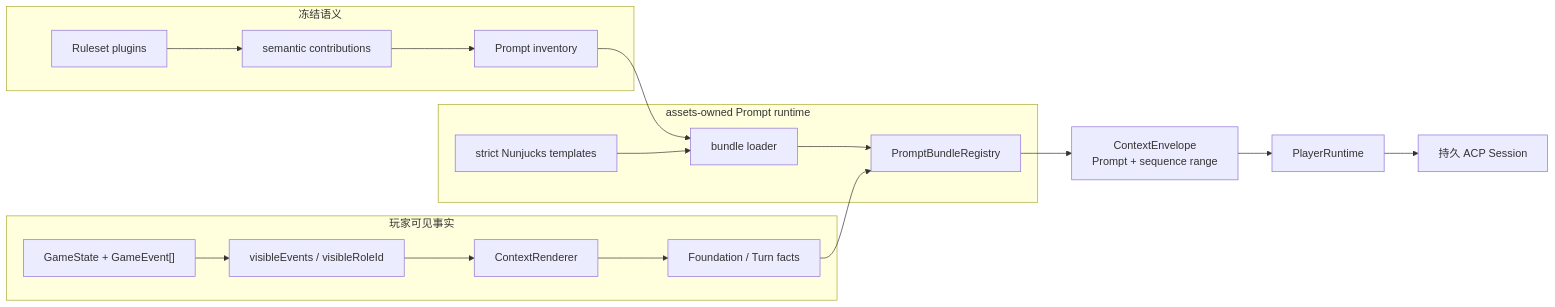
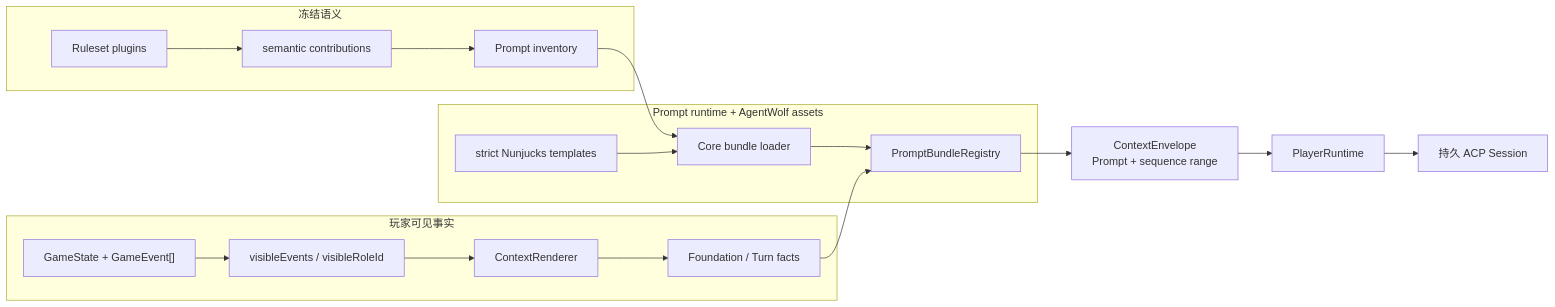
Before and after one commit to renewboy/agentwolf: the first of 3 diagrams in docs/architecture/prompt-and-context.md, drawn with Mermaid. The commit also changed other lines of this file and 37 other files, not shown here.

Commit message:
refactor: complete agent arena core adoption

````diff
--- a/docs/architecture/prompt-and-context.md
+++ b/docs/architecture/prompt-and-context.md
@@ -29,31 +31,31 @@
 ```mermaid
 flowchart LR
     subgraph Semantics["冻结语义"]
         Plugins["Ruleset plugins"]
         Contributions["semantic contributions"]
         Inventory["Prompt inventory"]
     end
 
     subgraph Facts["玩家可见事实"]
         State["GameState + GameEvent[]"]
         Visibility["visibleEvents / visibleRoleId"]
         Renderer["ContextRenderer"]
         FactSchemas["Foundation / Turn facts"]
     end
 
-    subgraph Assets["assets-owned Prompt runtime"]
-        Loader["bundle loader"]
+    subgraph Assets["Prompt runtime + AgentWolf assets"]
+        Loader["Core bundle loader"]
         Registry["PromptBundleRegistry"]
         Templates["strict Nunjucks templates"]
     end
 
     Envelope["ContextEnvelope<br/>Prompt + sequence range"]
     Player["PlayerRuntime"]
     Session["持久 ACP Session"]
 
     Plugins --> Contributions --> Inventory --> Loader
     Loader --> Registry
     Templates --> Loader
     State --> Visibility --> Renderer --> FactSchemas --> Registry
     Registry --> Envelope --> Player --> Session
 ```
````
